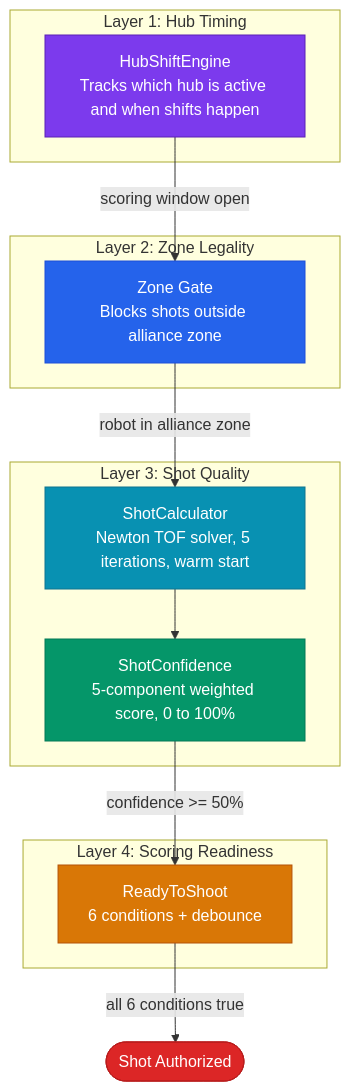
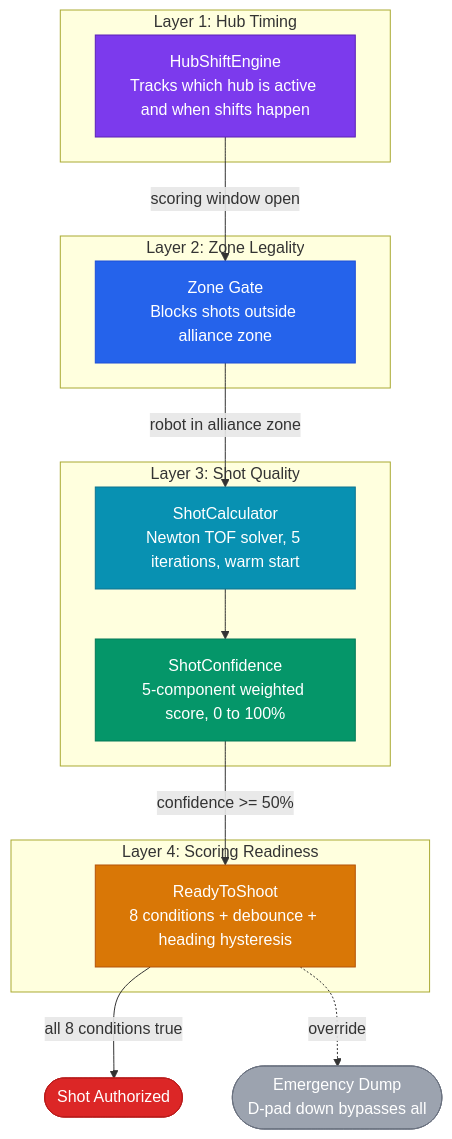
One commit to eeveemara/frc5962-2026-docs changed the third of 3 diagrams in docs/architecture/system-overview.md. Above: the diagram before and after it, drawn with Mermaid. The commit also changed other lines of this file and 19 other files, not shown here.

````diff
--- a/docs/architecture/system-overview.md
+++ b/docs/architecture/system-overview.md
@@ -153,33 +165,36 @@
 ```mermaid
 flowchart TB
     subgraph L1 ["Layer 1: Hub Timing"]
         HS[HubShiftEngine<br/>Tracks which hub is active and when shifts happen]
     end
 
     subgraph L2 ["Layer 2: Zone Legality"]
         ZG[Zone Gate<br/>Blocks shots outside alliance zone]
     end
 
     subgraph L3 ["Layer 3: Shot Quality"]
         SC2[ShotCalculator<br/>Newton TOF solver, 5 iterations, warm start]
         SC2 --> CONF2[ShotConfidence<br/>5-component weighted score, 0 to 100%]
     end
 
     subgraph L4 ["Layer 4: Scoring Readiness"]
-        RTS2[ReadyToShoot<br/>6 conditions + debounce]
+        RTS2[ReadyToShoot<br/>8 conditions + debounce + heading hysteresis]
     end
 
     FIRE([Shot Authorized])
+    DUMP([Emergency Dump<br/>D-pad down bypasses all])
 
     HS -->|scoring window open| ZG
     ZG -->|robot in alliance zone| SC2
     CONF2 -->|confidence >= 50%| RTS2
-    RTS2 -->|all 6 conditions true| FIRE
+    RTS2 -->|all 8 conditions true| FIRE
+    RTS2 -.->|override| DUMP
 
     style HS fill:#7c3aed,stroke:#5b21b6,color:#fff
     style ZG fill:#2563eb,stroke:#1d4ed8,color:#fff
     style SC2 fill:#0891b2,stroke:#0e7490,color:#fff
     style CONF2 fill:#059669,stroke:#047857,color:#fff
     style RTS2 fill:#d97706,stroke:#b45309,color:#fff
     style FIRE fill:#dc2626,stroke:#b91c1c,color:#fff
+    style DUMP fill:#9ca3af,stroke:#6b7280,color:#fff
 ```
````
